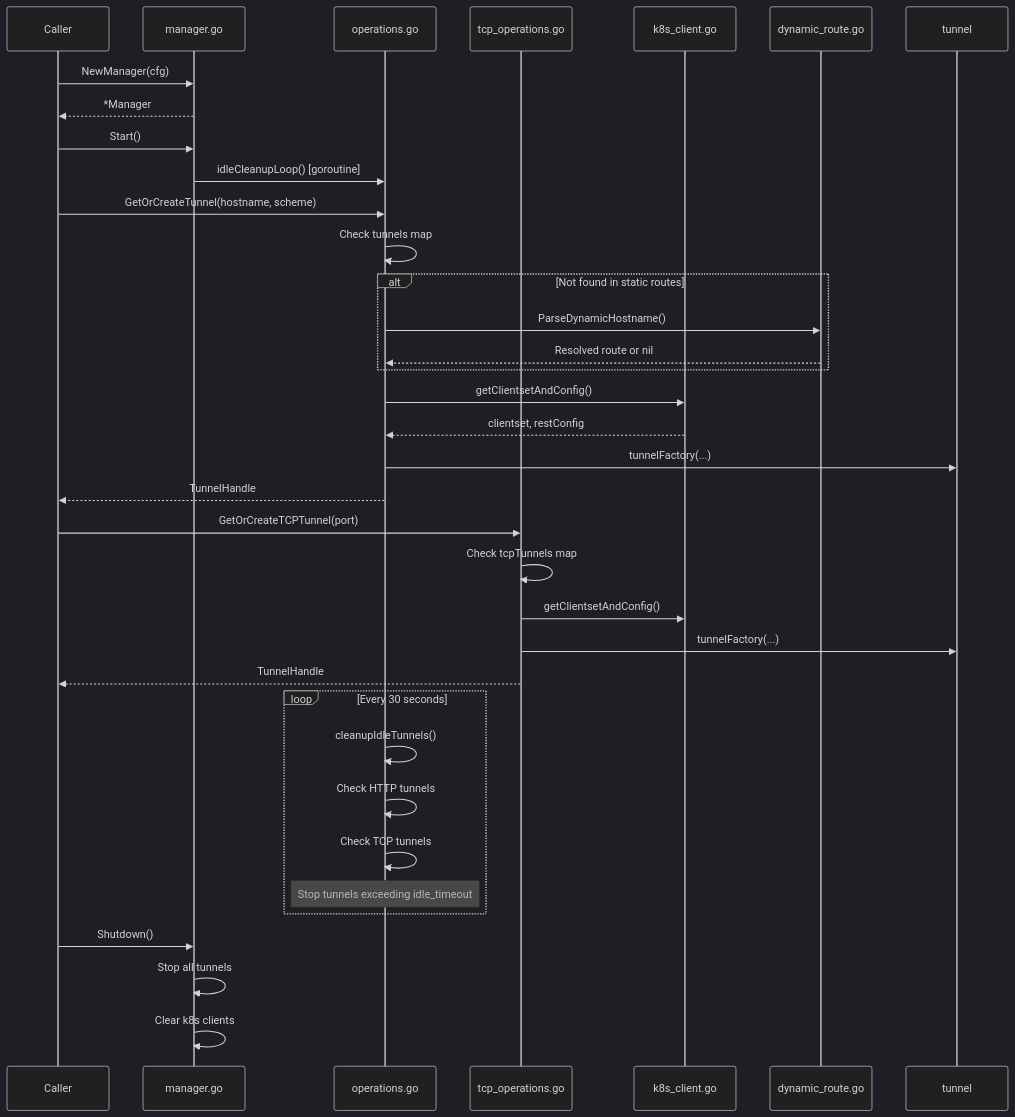
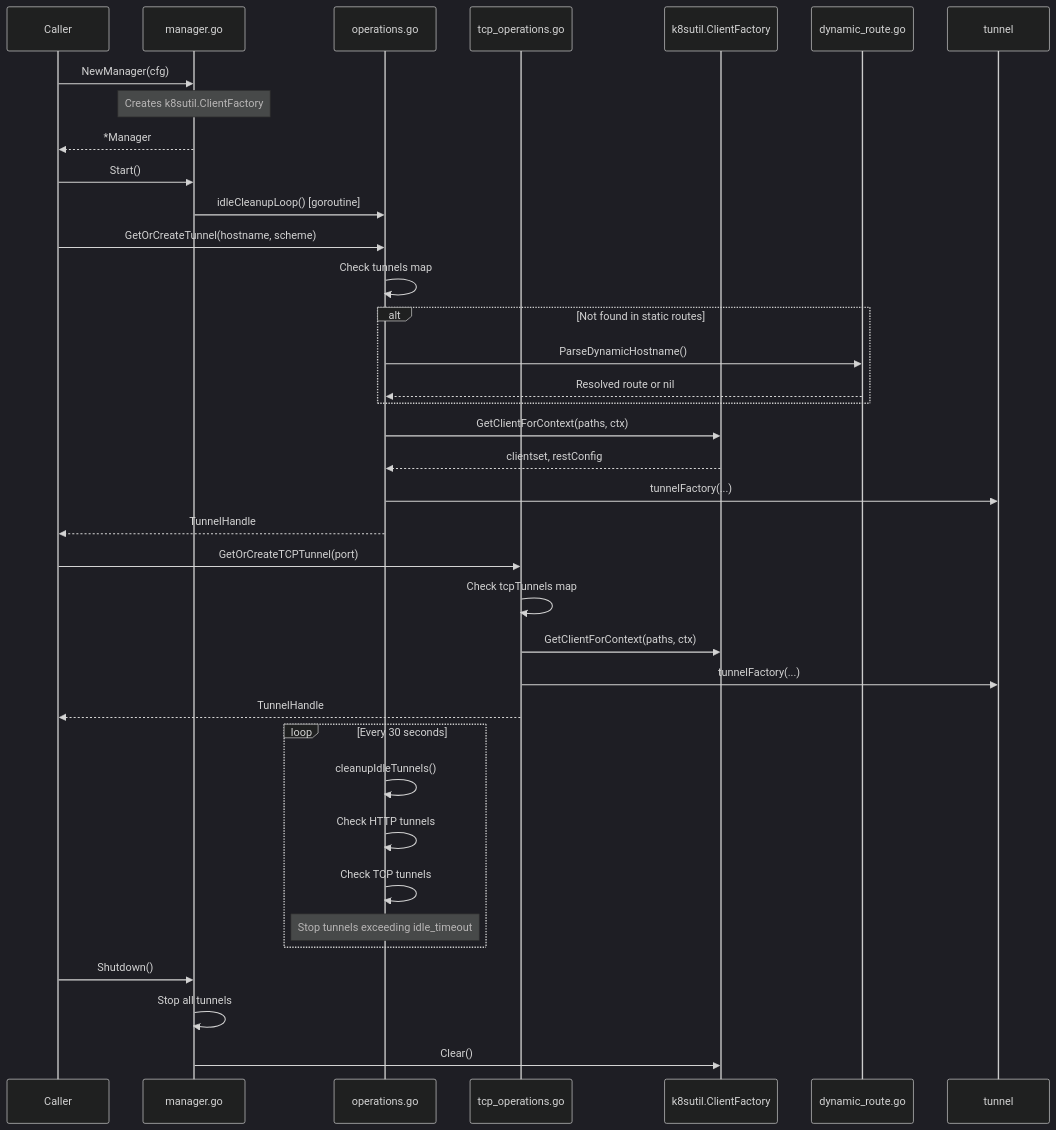
One commit to atas/autotunnel changed the ninth of 11 diagrams in internal/README.md. Above: the diagram before and after it, drawn with Mermaid (dark theme). The commit also changed other lines of this file, not shown here.

````diff
--- a/internal/README.md
+++ b/internal/README.md
@@ -353,44 +366,45 @@
 ```mermaid
 sequenceDiagram
     participant caller as Caller
     participant mgr as manager.go
     participant ops as operations.go
     participant tcp_ops as tcp_operations.go
-    participant k8s as k8s_client.go
+    participant cf as k8sutil.ClientFactory
     participant dyn as dynamic_route.go
     participant tun as tunnel
 
     caller->>mgr: NewManager(cfg)
+    Note over mgr: Creates k8sutil.ClientFactory
     mgr-->>caller: *Manager
 
     caller->>mgr: Start()
     mgr->>ops: idleCleanupLoop() [goroutine]
 
     caller->>ops: GetOrCreateTunnel(hostname, scheme)
     ops->>ops: Check tunnels map
     alt Not found in static routes
         ops->>dyn: ParseDynamicHostname()
         dyn-->>ops: Resolved route or nil
     end
-    ops->>k8s: getClientsetAndConfig()
-    k8s-->>ops: clientset, restConfig
+    ops->>cf: GetClientForContext(paths, ctx)
+    cf-->>ops: clientset, restConfig
     ops->>tun: tunnelFactory(...)
     ops-->>caller: TunnelHandle
 
     caller->>tcp_ops: GetOrCreateTCPTunnel(port)
     tcp_ops->>tcp_ops: Check tcpTunnels map
-    tcp_ops->>k8s: getClientsetAndConfig()
+    tcp_ops->>cf: GetClientForContext(paths, ctx)
     tcp_ops->>tun: tunnelFactory(...)
     tcp_ops-->>caller: TunnelHandle
 
     loop Every 30 seconds
         ops->>ops: cleanupIdleTunnels()
         ops->>ops: Check HTTP tunnels
         ops->>ops: Check TCP tunnels
         Note over ops: Stop tunnels exceeding idle_timeout
     end
 
     caller->>mgr: Shutdown()
     mgr->>mgr: Stop all tunnels
-    mgr->>mgr: Clear k8s clients
+    mgr->>cf: Clear()
 ```
````
